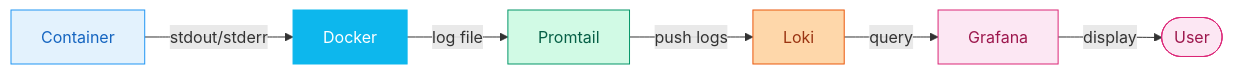
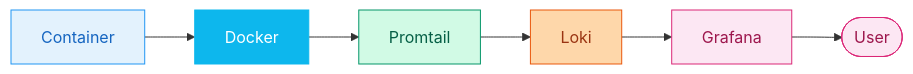
Before and after one commit to Mykyta-Home-Server/homeserver: the second of 3 diagrams in docs-site/src/content/docs/guides/monitoring.mdx, drawn with Mermaid. The commit also changed 2 other files, not shown here.

Commit message:
Refine Mermaid diagrams: compact layouts and remove labels
- Media Automation Flow: Stream now under Process in two-row layout
- Authentication Flow: Removed numbered step labels from arrows
- Docker Network: Caddy connects to subgraphs, compact proxy/monitoring
- LDAP Auth Architecture: Simplified Authelia connections
- LDAP Directory/Auth Flow: Removed edge labels
- Monitoring Log Flow: Removed edge labels

🤖 Generated with [Claude Code](https://claude.com/claude-code)

````diff
--- a/docs-site/src/content/docs/guides/monitoring.mdx
+++ b/docs-site/src/content/docs/guides/monitoring.mdx
@@ -75,20 +75,20 @@
 ```mermaid
 flowchart LR
-    Container[Container] -->|stdout/stderr| Docker[Docker]
-    Docker -->|log file| Promtail[Promtail]
-    Promtail -->|push logs| Loki[Loki]
-    Loki -->|query| Grafana[Grafana]
-    Grafana -->|display| User([User])
+    Container[Container] --> Docker[Docker]
+    Docker --> Promtail[Promtail]
+    Promtail --> Loki[Loki]
+    Loki --> Grafana[Grafana]
+    Grafana --> User([User])
 
     classDef container fill:#e3f2fd,stroke:#2196f3,color:#1565c0
     classDef docker fill:#0db7ed,stroke:#0db7ed,color:#fff
     classDef promtail fill:#d1fae5,stroke:#059669,color:#065f46
     classDef loki fill:#fed7aa,stroke:#ea580c,color:#9a3412
     classDef grafana fill:#fce7f3,stroke:#db2777,color:#9d174d
 
     class Container container
     class Docker docker
     class Promtail promtail
     class Loki loki
     class Grafana,User grafana
 ```
````
